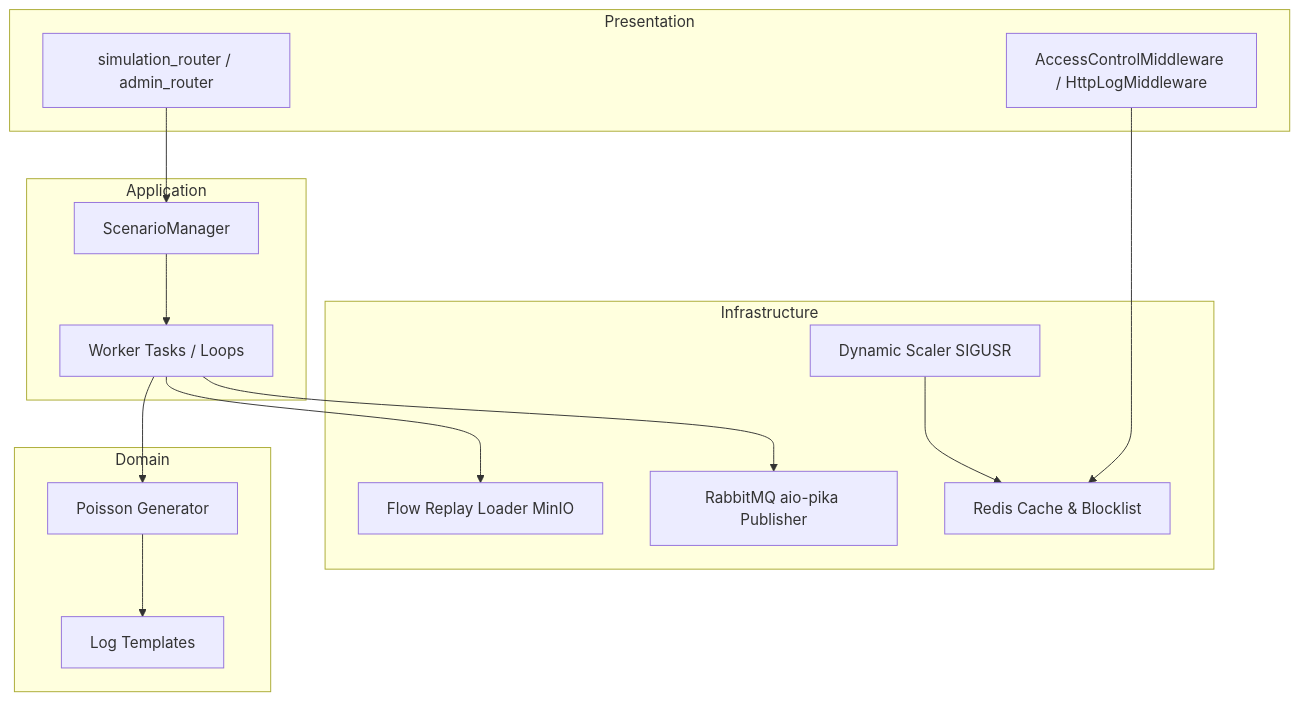
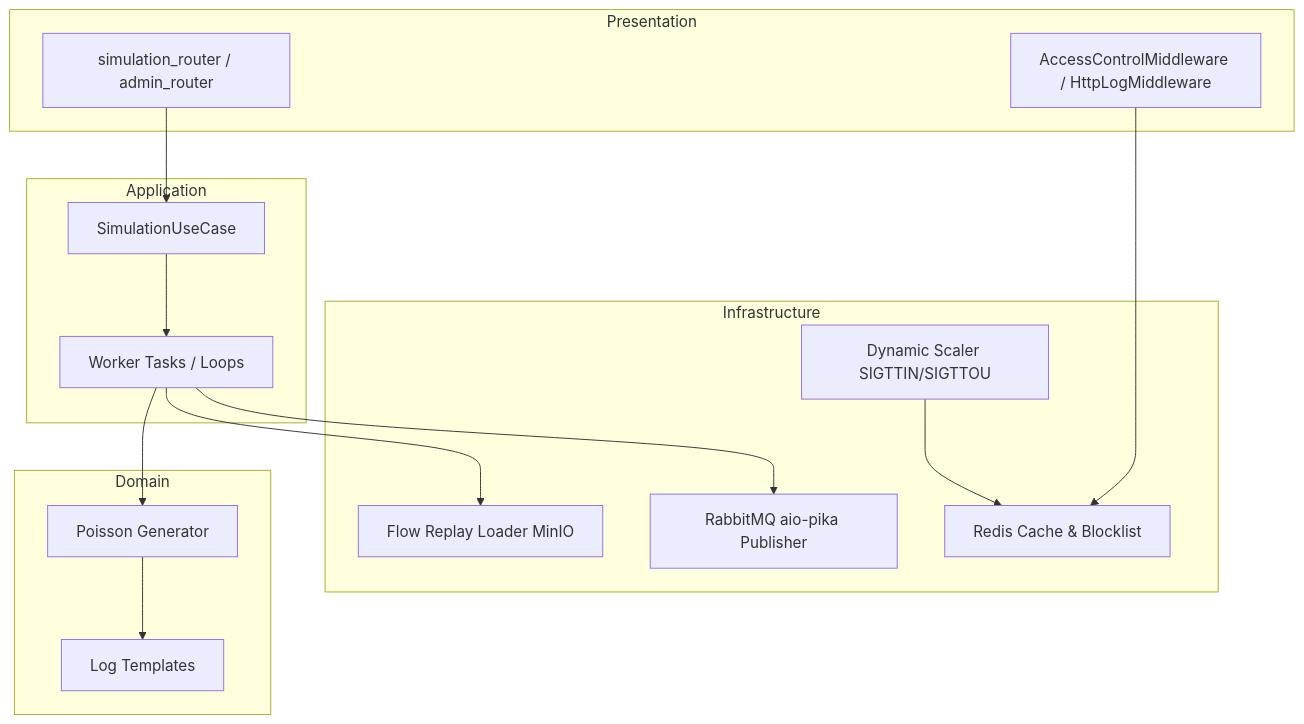
Before and after one commit to nvh12/log-analyzer: the diagram in docs/SimulationService.md, drawn with Mermaid. The commit also changed other lines of this file and 45 other files, not shown here.

````diff
--- a/docs/SimulationService.md
+++ b/docs/SimulationService.md
@@ -16,33 +16,33 @@
 ```mermaid
 graph TD
     subgraph Presentation
         Router[simulation_router / admin_router]
         Middleware[AccessControlMiddleware / HttpLogMiddleware]
     end
 
     subgraph Application
-        Manager[ScenarioManager]
+        Manager[SimulationUseCase]
         WorkerTask[Worker Tasks / Loops]
     end
 
     subgraph Domain
         Poisson[Poisson Generator]
         Templates[Log Templates]
     end
 
     subgraph Infrastructure
         Replayer[Flow Replay Loader MinIO]
         Publisher[RabbitMQ aio-pika Publisher]
         Redis[Redis Cache & Blocklist]
-        Scaler[Dynamic Scaler SIGUSR]
+        Scaler[Dynamic Scaler SIGTTIN/SIGTTOU]
     end
 
     Router --> Manager
     Middleware --> Redis
     Manager --> WorkerTask
     WorkerTask --> Poisson
     WorkerTask --> Replayer
     Poisson --> Templates
     WorkerTask --> Publisher
     Scaler --> Redis
 ```
````
